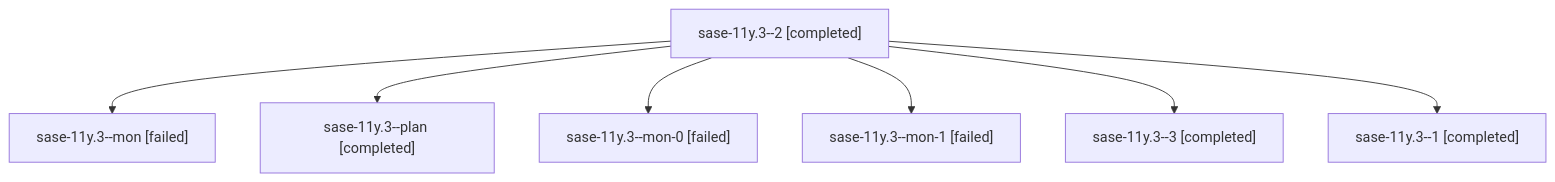
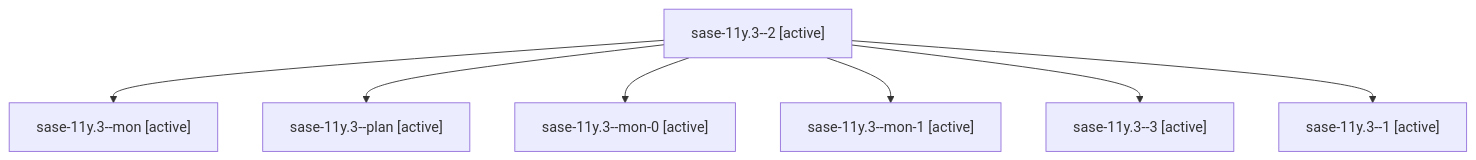
One commit to sase-org/sase--agents changed the diagram in families/bbugyi200.athena.sase-11y.3.md. Above: the diagram before and after it, drawn with Mermaid. The commit also changed other lines of this file and 35830 other files, not shown here.

````diff
--- a/families/bbugyi200.athena.sase-11y.3.md
+++ b/families/bbugyi200.athena.sase-11y.3.md
@@ -9,16 +9,16 @@
 ```mermaid
 flowchart TD
-  n0["sase-11y.3--2 [completed]"]
-  n1["sase-11y.3--mon [failed]"]
+  n0["sase-11y.3--2 [active]"]
+  n1["sase-11y.3--mon [active]"]
   n0 --> n1
-  n2["sase-11y.3--plan [completed]"]
+  n2["sase-11y.3--plan [active]"]
   n0 --> n2
-  n3["sase-11y.3--mon-0 [failed]"]
+  n3["sase-11y.3--mon-0 [active]"]
   n0 --> n3
-  n4["sase-11y.3--mon-1 [failed]"]
+  n4["sase-11y.3--mon-1 [active]"]
   n0 --> n4
-  n5["sase-11y.3--3 [completed]"]
+  n5["sase-11y.3--3 [active]"]
   n0 --> n5
-  n6["sase-11y.3--1 [completed]"]
+  n6["sase-11y.3--1 [active]"]
   n0 --> n6
 ```
````
